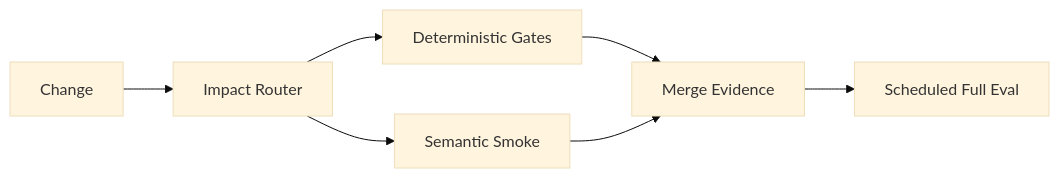
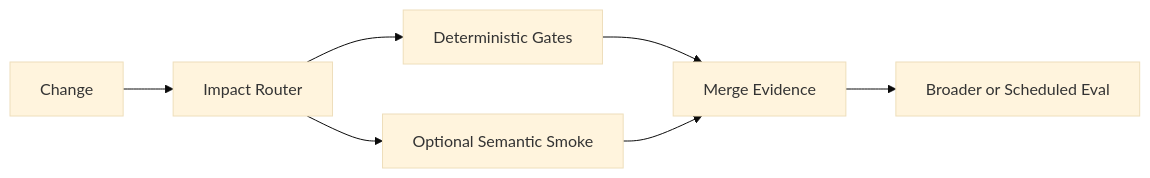
One commit to mols3131d/mols-agent-assets changed the diagram in .agents/skills/mols-ci-design/references/handoff.md. Above: the diagram before and after it, drawn with Mermaid (base theme). The commit also changed other lines of this file, not shown here.

````diff
--- a/.agents/skills/mols-ci-design/references/handoff.md
+++ b/.agents/skills/mols-ci-design/references/handoff.md
@@ -152,9 +92,9 @@
 ```mermaid
 flowchart LR
     C[Change] --> R[Impact Router]
     R --> D[Deterministic Gates]
-    R --> S[Semantic Smoke]
+    R --> S[Optional Semantic Smoke]
     D --> M[Merge Evidence]
     S --> M
-    M --> F[Scheduled Full Eval]
+    M --> F[Broader or Scheduled Eval]
 ```
````
